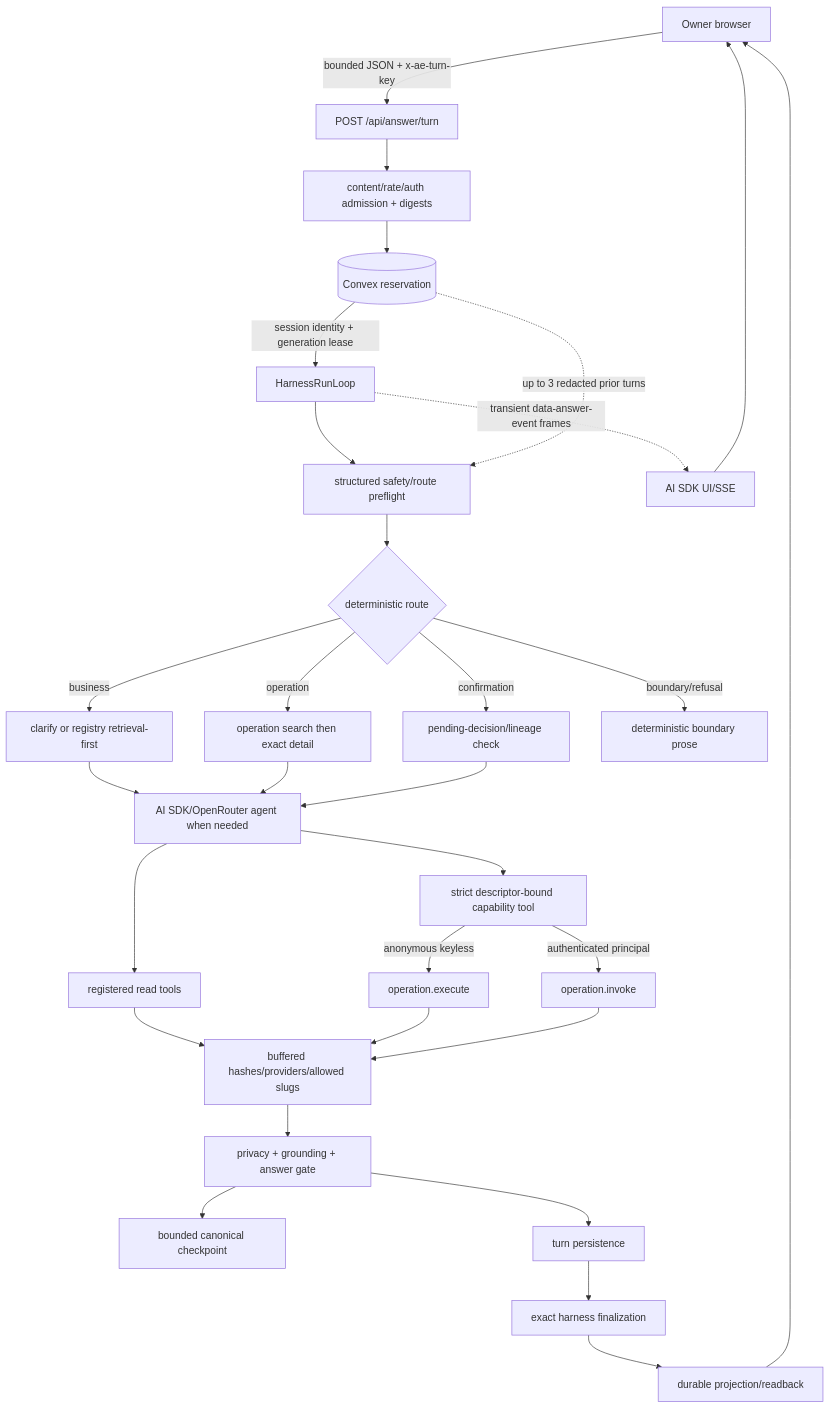
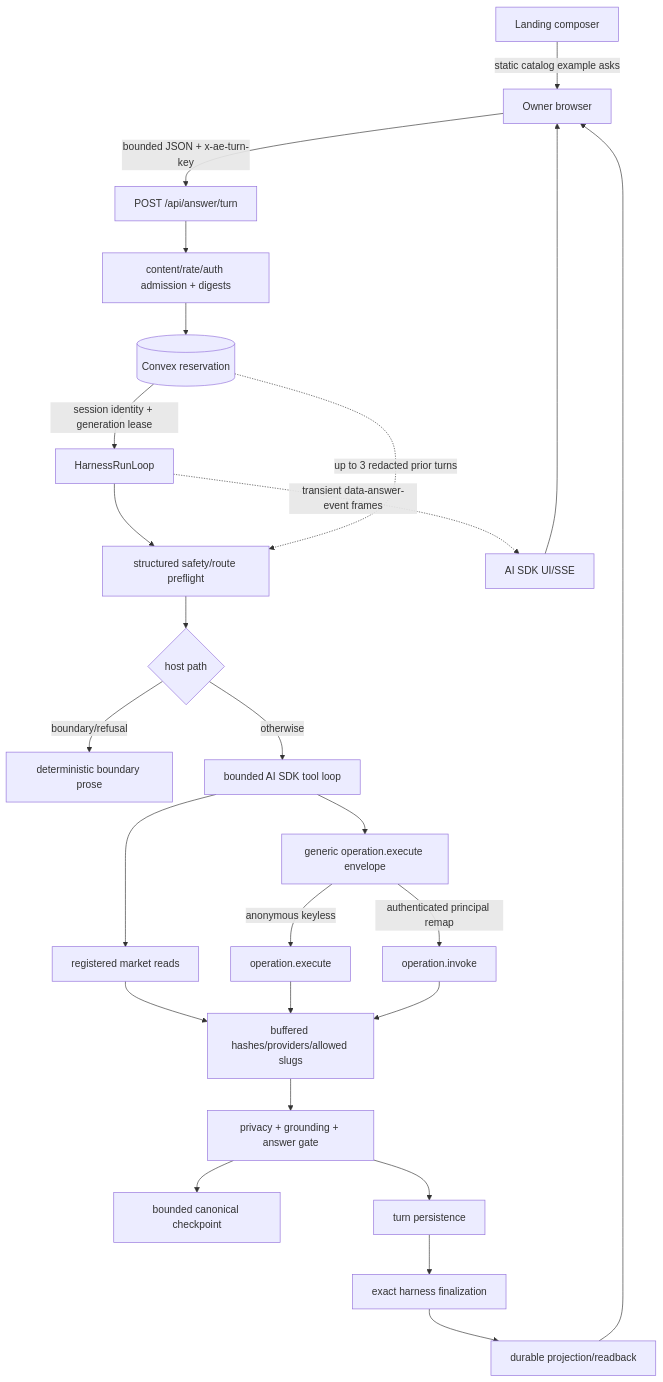
The first of 2 diagrams in .planning/codebase/PROMPT-DATA-FLOW.md (CreasyBear/Agentic-Economy), drawn with Mermaid before and after one commit. The commit also changed other lines of this file and 7 other files, not shown here.

````diff
--- a/.planning/codebase/PROMPT-DATA-FLOW.md
+++ b/.planning/codebase/PROMPT-DATA-FLOW.md
@@ -31,32 +31,28 @@
 ```mermaid
 flowchart TD
   B[Owner browser] -->|bounded JSON + x-ae-turn-key| R[POST /api/answer/turn]
   R --> A[content/rate/auth admission + digests]
   A --> C[(Convex reservation)]
   C -->|session identity + generation lease| H[HarnessRunLoop]
   H --> P[structured safety/route preflight]
   C -. up to 3 redacted prior turns .-> P
-  P --> D{deterministic route}
-  D -->|business| BR[clarify or registry retrieval-first]
-  D -->|operation| N[operation search then exact detail]
-  D -->|confirmation| PD[pending-decision/lineage check]
+  P --> D{host path}
   D -->|boundary/refusal| BP[deterministic boundary prose]
-  BR --> M[AI SDK/OpenRouter agent when needed]
-  N --> M
-  PD --> M
-  M --> RT[registered read tools]
-  M --> CT[strict descriptor-bound capability tool]
+  D -->|otherwise| M[bounded AI SDK tool loop]
+  M --> RT[registered market reads]
+  M --> CT[generic operation.execute envelope]
   CT -->|anonymous keyless| KE[operation.execute]
-  CT -->|authenticated principal| IV[operation.invoke]
+  CT -->|authenticated principal remap| IV[operation.invoke]
   RT --> EV[buffered hashes/providers/allowed slugs]
   KE --> EV
   IV --> EV
   EV --> G[privacy + grounding + answer gate]
   G --> CP[bounded canonical checkpoint]
   G --> PS[turn persistence]
   PS --> F[exact harness finalization]
   H -. transient data-answer-event frames .-> SSE[AI SDK UI/SSE]
   SSE --> B
   F --> RB[durable projection/readback]
   RB --> B
+  L[Landing composer] -->|static catalog example asks| B
 ```
````
